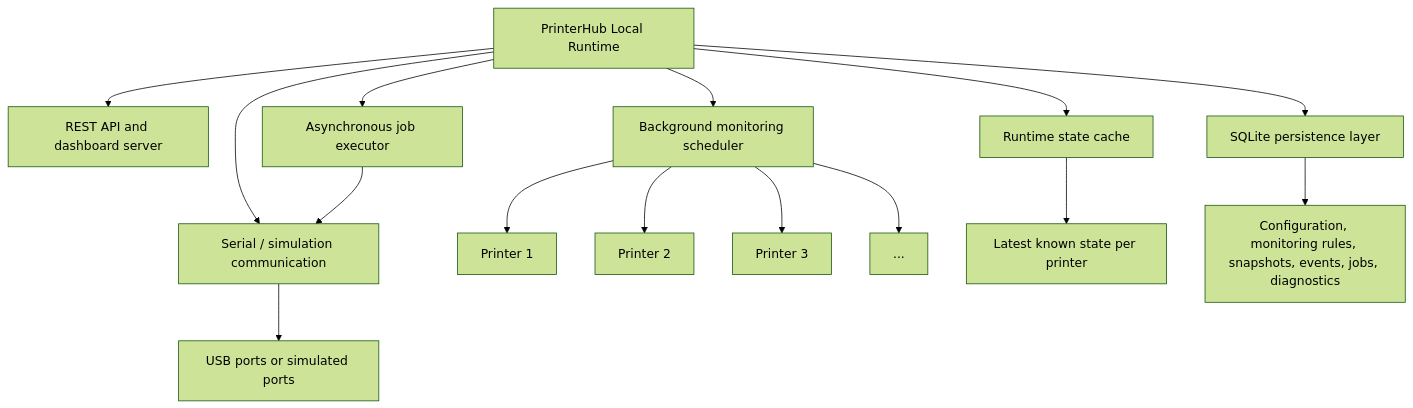
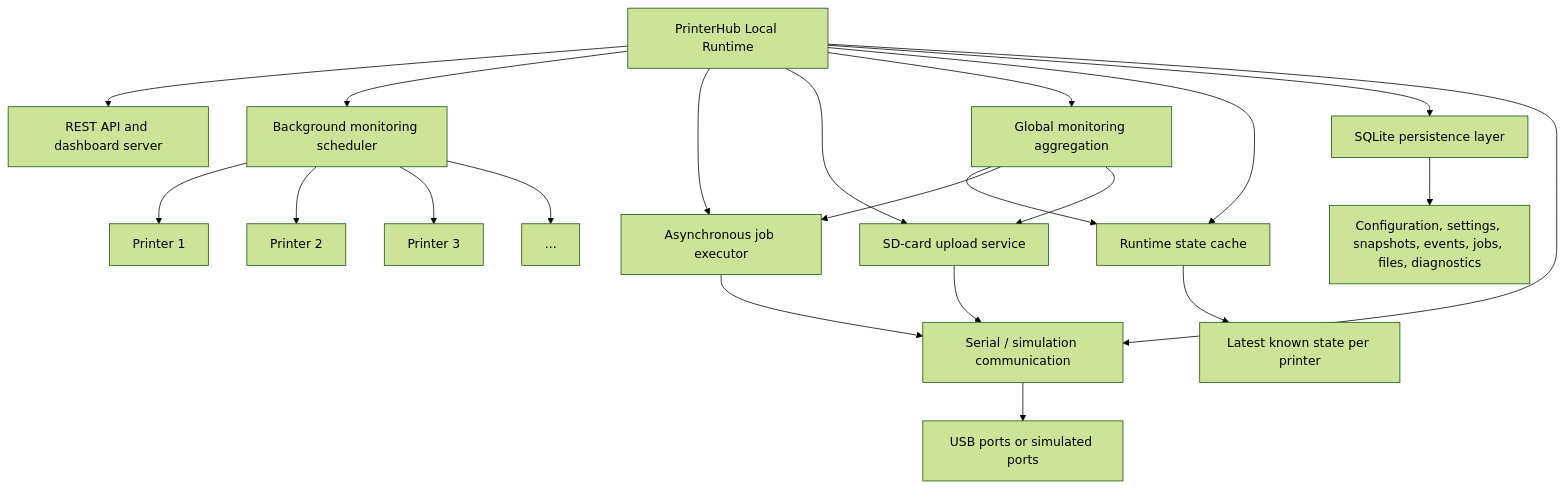
Before and after one commit to nathabee/spaghetti-chef: the first of 3 diagrams in README.md, drawn with Mermaid (forest theme). The commit also changed other lines of this file and 13 other files, not shown here.

Commit message:
0.2.5 — Global monitoring workspace and cross-printer runtime observability

````diff
--- a/README.md
+++ b/README.md
@@ -64,21 +75,27 @@
 ```mermaid
 flowchart TB
     runtime["PrinterHub Local Runtime"]
 
     runtime --> api["REST API and dashboard server"]
     runtime --> monitor["Background monitoring scheduler"]
     runtime --> jobs["Asynchronous job executor"]
+    runtime --> upload["SD-card upload service"]
+    runtime --> global["Global monitoring aggregation"]
     runtime --> cache["Runtime state cache"]
     runtime --> persistence["SQLite persistence layer"]
     runtime --> serial["Serial / simulation communication"]
 
     monitor --> p1["Printer 1"]
     monitor --> p2["Printer 2"]
     monitor --> p3["Printer 3"]
     monitor --> px["..."]
 
     cache --> latest["Latest known state per printer"]
     jobs --> serial
-    persistence --> data["Configuration, monitoring rules, snapshots, events, jobs, diagnostics"]
+    upload --> serial
+    global --> cache
+    global --> jobs
+    global --> upload
+    persistence --> data["Configuration, settings, snapshots, events, jobs, files, diagnostics"]
     serial --> ports["USB ports or simulated ports"]
 ```
````
